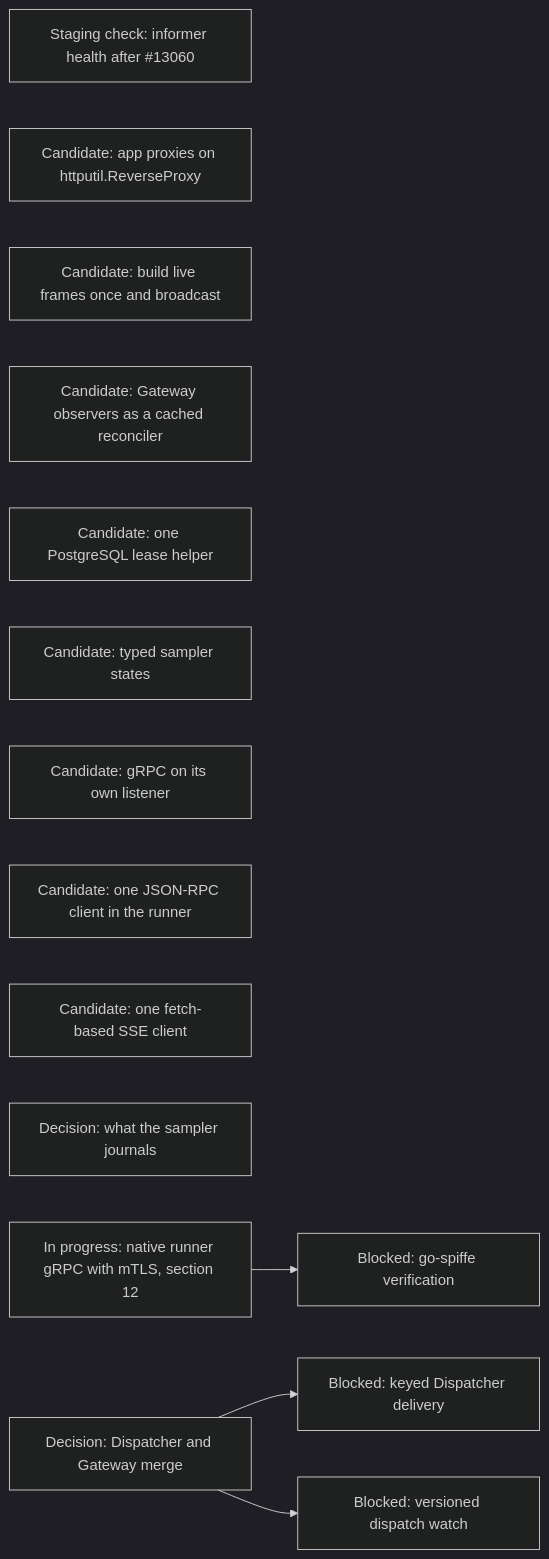
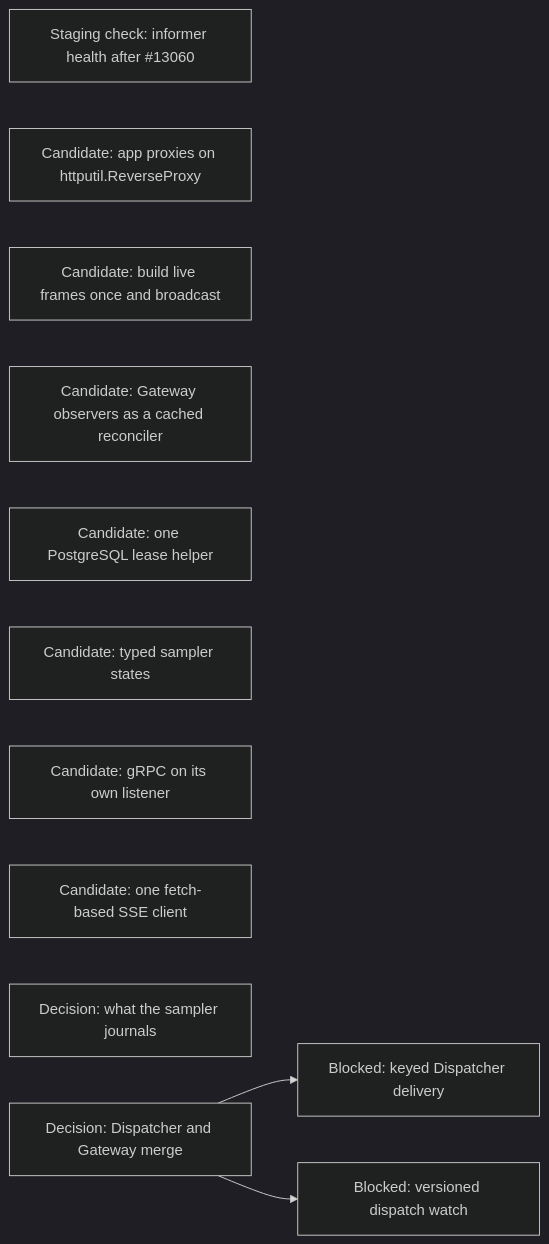
One commit to agentydragon/ducktape changed diagram 18 of 18 in agentplane/plans/task_dag.md. Above: the diagram before and after it, drawn with Mermaid (dark theme). The commit also changed other lines of this file and 25 other files, not shown here.

First line of the commit message:
agentplane runner: one JSON-RPC envelope for exec-server and Codex app-server clients (#13122)

````diff
--- a/agentplane/plans/task_dag.md
+++ b/agentplane/plans/task_dag.md
@@ -1885,16 +1869,14 @@
 ```mermaid
 flowchart LR
     KUBERNETES_NATIVE_WATCH_HEALTH[Staging check: informer health after #13060]
     APP_PROXY_REVERSE_PROXY[Candidate: app proxies on httputil.ReverseProxy]
     APP_LIVE_FRAME_BROADCAST[Candidate: build live frames once and broadcast]
     GATEWAY_OBSERVER_RECONCILER[Candidate: Gateway observers as a cached reconciler]
     POSTGRES_LEASE_HELPER[Candidate: one PostgreSQL lease helper]
     SAMPLER_TYPED_STATE[Candidate: typed sampler states]
     GRPC_NATIVE_LISTENER[Candidate: gRPC on its own listener]
-    RUNNER_JSONRPC[Candidate: one JSON-RPC client in the runner]
     FRONTEND_SSE_CLIENT[Candidate: one fetch-based SSE client]
     SAMPLER_JOURNAL_DIET[Decision: what the sampler journals]
-    RUNNER_CONTROL_TRANSPORT_DESIGN[In progress: native runner gRPC with mTLS, section 12] --> RUNNER_MTLS_GO_SPIFFE[Blocked: go-spiffe verification]
     DISPATCHER_PERSISTENCE_MODEL_DESIGN[Decision: Dispatcher and Gateway merge] --> DISPATCHER_KEYED_DELIVERY[Blocked: keyed Dispatcher delivery]
     DISPATCHER_PERSISTENCE_MODEL_DESIGN --> DISPATCHER_WATCH_VERSIONS[Blocked: versioned dispatch watch]
 ```
````
